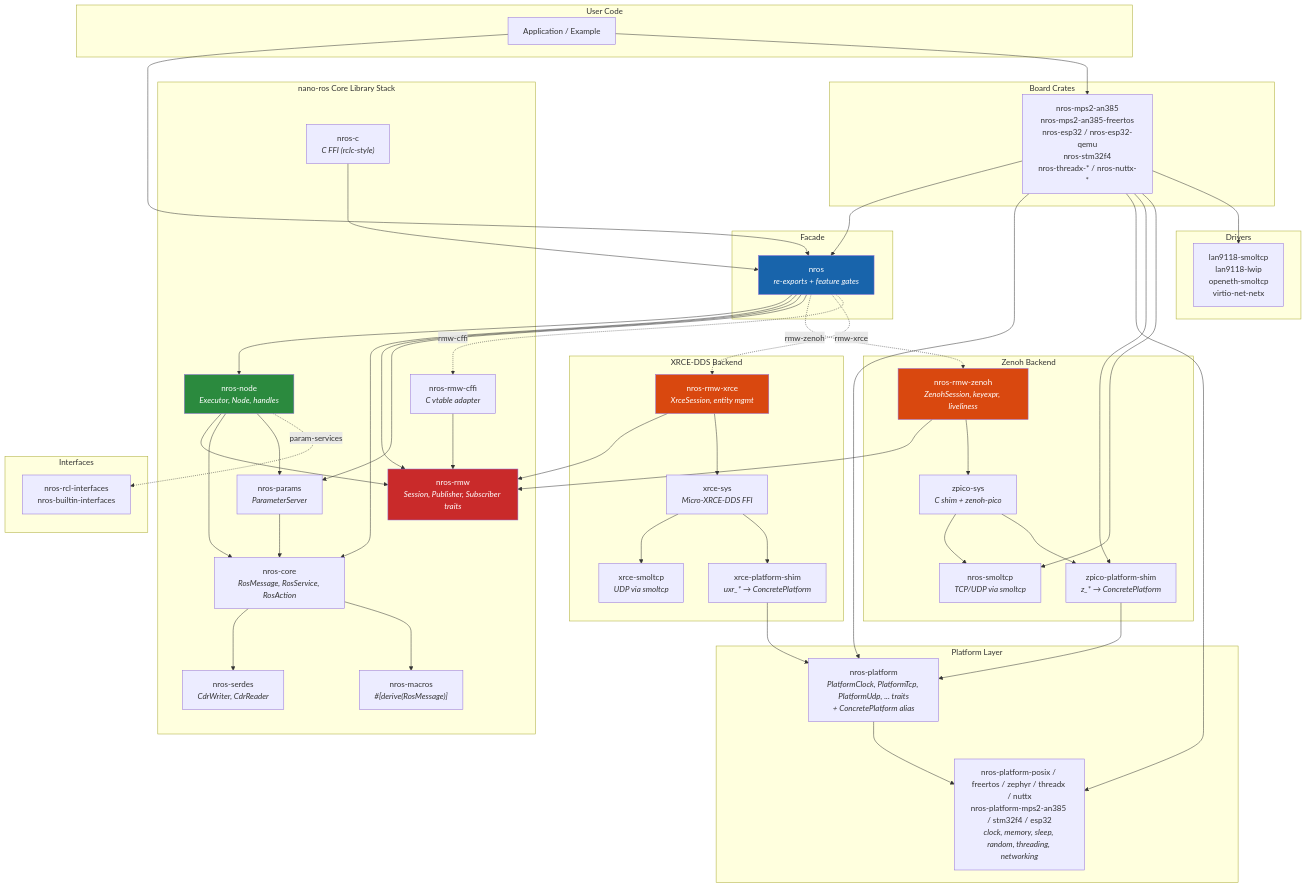
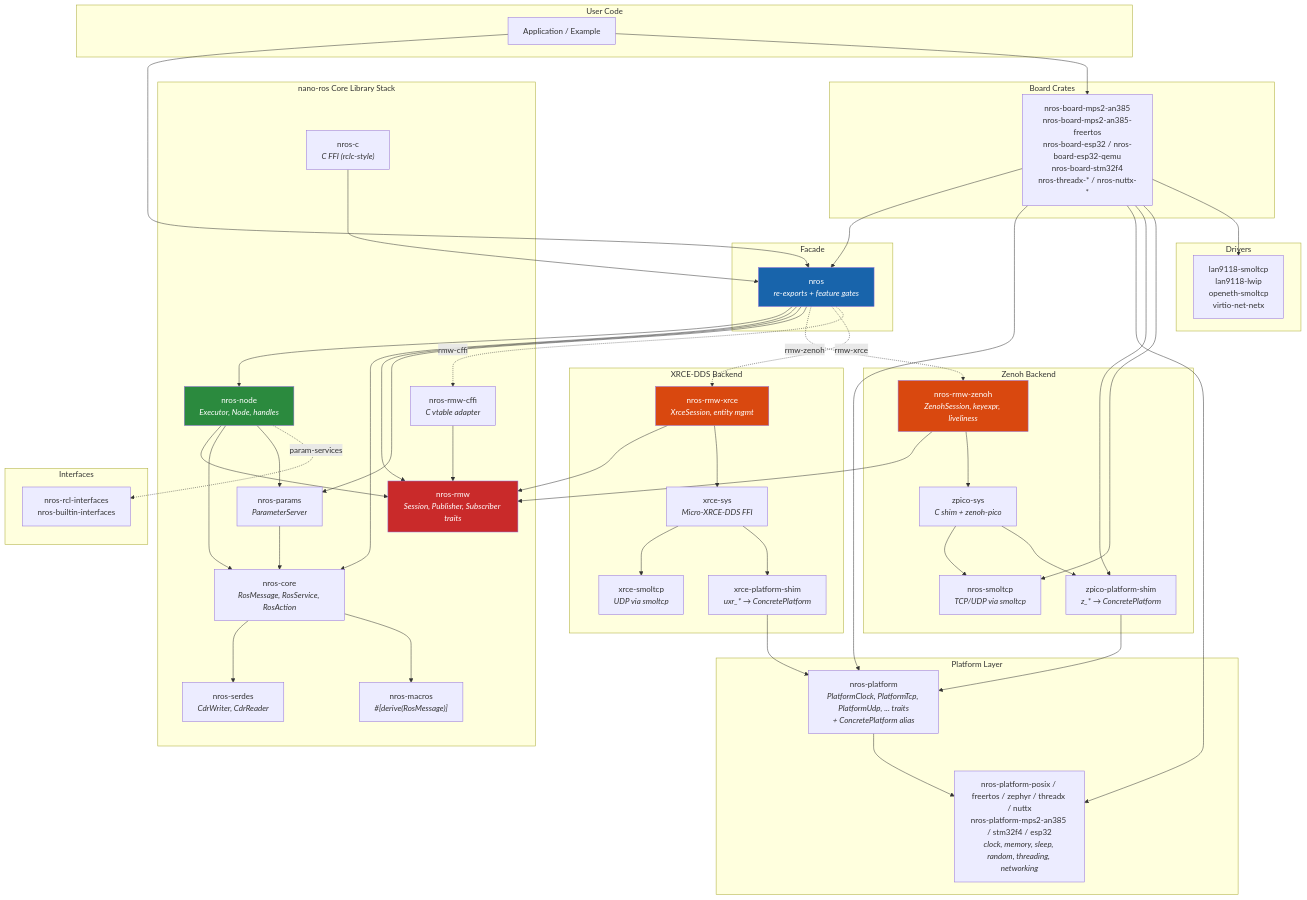
Before and after one commit to NEWSLabNTU/nano-ros: the first of 13 diagrams in book/src/concepts/architecture.md, drawn with Mermaid. The commit also changed other lines of this file and 429 other files, not shown here.

First line of the commit message:
84.F6.2-F6.6: rename board crates `nros-* → nros-board-*`

```diff
--- a/book/src/concepts/architecture.md
+++ b/book/src/concepts/architecture.md
@@ -138,7 +138,7 @@
     end
 
     subgraph "Board Crates"
-        BOARD["nros-mps2-an385<br/>nros-mps2-an385-freertos<br/>nros-esp32 / nros-esp32-qemu<br/>nros-stm32f4<br/>nros-threadx-* / nros-nuttx-*"]
+        BOARD["nros-board-mps2-an385<br/>nros-board-mps2-an385-freertos<br/>nros-board-esp32 / nros-board-esp32-qemu<br/>nros-board-stm32f4<br/>nros-threadx-* / nros-nuttx-*"]
     end
 
     subgraph "Drivers"
```
